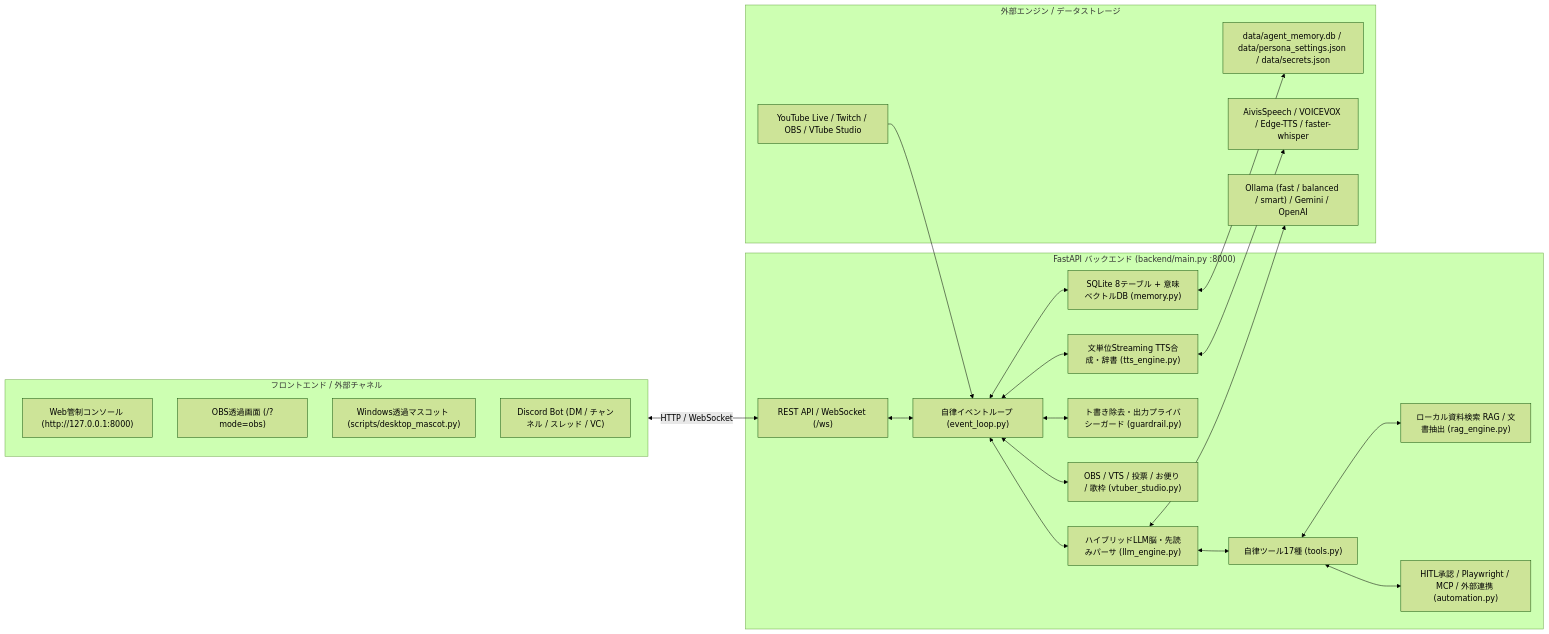
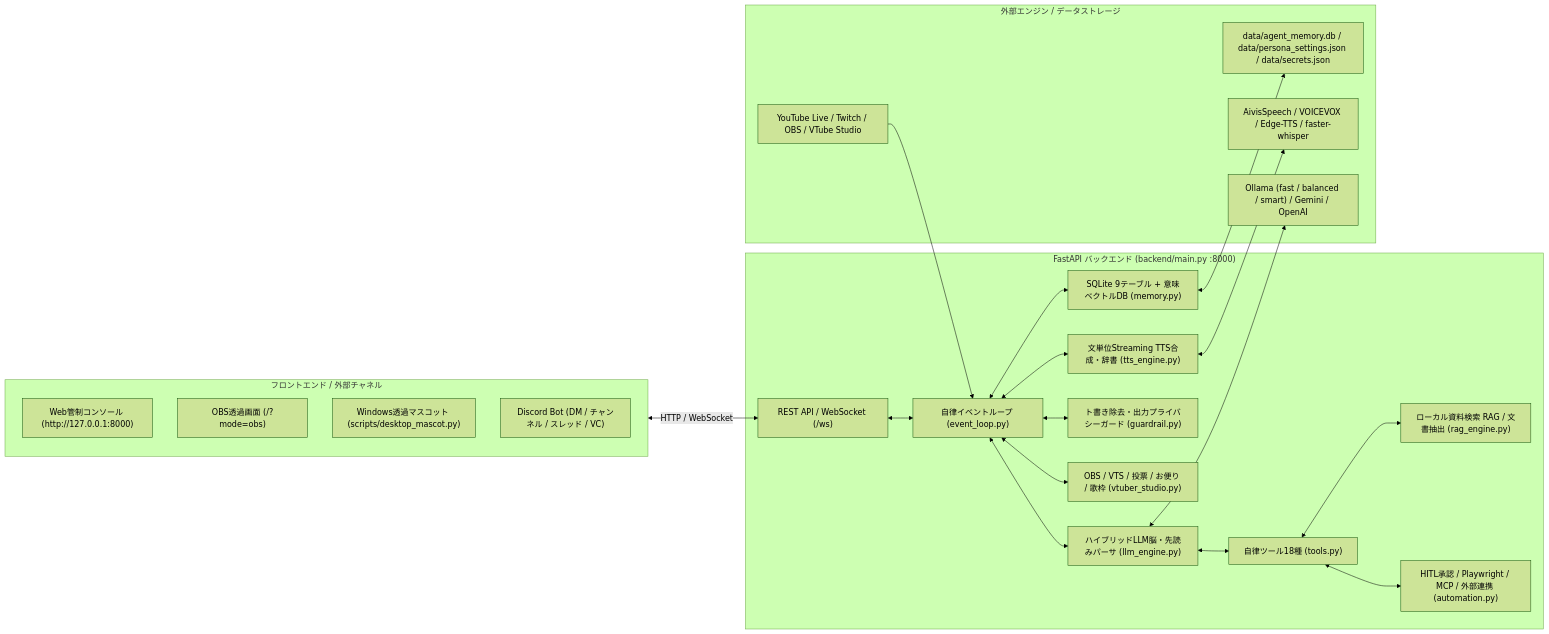
One commit to eimu-hoshii/MyAgent changed the diagram in NIA_仕様書・取扱説明書.md. Above: the diagram before and after it, drawn with Mermaid (forest theme). The commit also changed other lines of this file and 19 other files, not shown here.

````diff
--- a/NIA_仕様書・取扱説明書.md
+++ b/NIA_仕様書・取扱説明書.md
@@ -13,44 +13,44 @@
 ```mermaid
 flowchart LR
     subgraph Clients["フロントエンド / 外部チャネル"]
         WEB["Web管制コンソール (http://127.0.0.1:8000)"]
         OBS["OBS透過画面 (/?mode=obs)"]
         MASCOT["Windows透過マスコット (scripts/desktop_mascot.py)"]
         DISC["Discord Bot (DM / チャンネル / スレッド / VC)"]
     end
 
     subgraph Backend["FastAPI バックエンド (backend/main.py :8000)"]
         API["REST API / WebSocket (/ws)"]
         LOOP["自律イベントループ (event_loop.py)"]
         LLM["ハイブリッドLLM脳・先読みパーサ (llm_engine.py)"]
-        TOOLS["自律ツール17種 (tools.py)"]
+        TOOLS["自律ツール18種 (tools.py)"]
         AUTO["HITL承認 / Playwright / MCP / 外部連携 (automation.py)"]
         RAG["ローカル資料検索 RAG / 文書抽出 (rag_engine.py)"]
         VTS["OBS / VTS / 投票 / お便り / 歌枠 (vtuber_studio.py)"]
         GUARD["ト書き除去・出力プライバシーガード (guardrail.py)"]
         TTS["文単位Streaming TTS合成・辞書 (tts_engine.py)"]
-        MEM["SQLite 8テーブル + 意味ベクトルDB (memory.py)"]
+        MEM["SQLite 9テーブル + 意味ベクトルDB (memory.py)"]
     end
 
     subgraph External["外部エンジン / データストレージ"]
         OLLAMA["Ollama (fast / balanced / smart) / Gemini / OpenAI"]
         VOICE["AivisSpeech / VOICEVOX / Edge-TTS / faster-whisper"]
         LIVE["YouTube Live / Twitch / OBS / VTube Studio"]
         DB["data/agent_memory.db / data/persona_settings.json / data/secrets.json"]
     end
 
     Clients <-->|"HTTP / WebSocket"| API
     API <--> LOOP
     LOOP <--> LLM
     LLM <--> TOOLS
     TOOLS <--> AUTO
     TOOLS <--> RAG
     LOOP <--> VTS
     LOOP <--> GUARD
     LOOP <--> TTS
     LIVE --> LOOP
     LLM <--> OLLAMA
     TTS <--> VOICE
     LOOP <--> MEM
     MEM <--> DB
 ```
````
